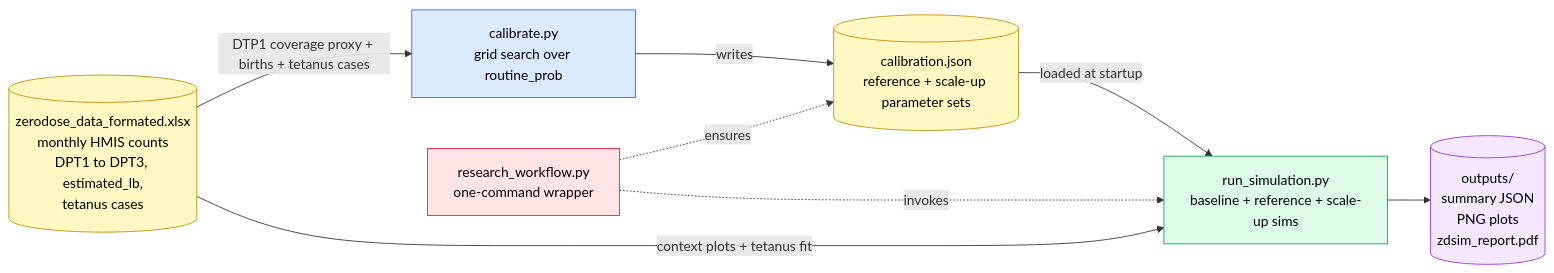
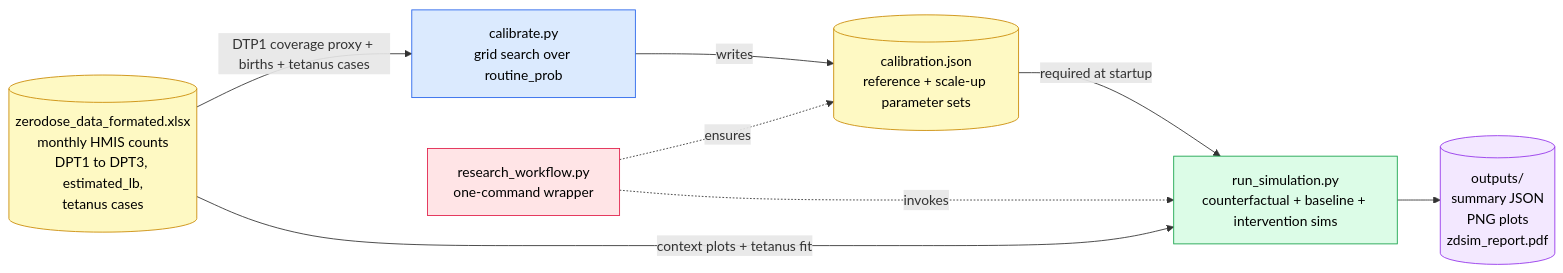
Before and after one commit to starsimhub/zdsim: the first of 12 diagrams in docs/ARCHITECTURE.md, drawn with Mermaid. The commit also changed other lines of this file, not shown here.

Commit message:
updated architecture doc

````diff
--- a/docs/ARCHITECTURE.md
+++ b/docs/ARCHITECTURE.md
@@ -31,25 +31,25 @@
 ```mermaid
 flowchart LR
     XLSX[("zerodose_data_formated.xlsx<br/>monthly HMIS counts<br/>DPT1 to DPT3, estimated_lb,<br/>tetanus cases")]
     CAL["calibrate.py<br/>grid search over routine_prob"]
     JSON[("calibration.json<br/>reference + scale-up parameter sets")]
-    RUN["run_simulation.py<br/>baseline + reference + scale-up sims"]
+    RUN["run_simulation.py<br/>counterfactual + baseline + intervention sims"]
     OUT[("outputs/<br/>summary JSON<br/>PNG plots<br/>zdsim_report.pdf")]
     WORKFLOW["research_workflow.py<br/>one-command wrapper"]
 
     XLSX -->|DTP1 coverage proxy + births + tetanus cases| CAL
     CAL -->|writes| JSON
-    JSON -->|loaded at startup| RUN
+    JSON -->|required at startup| RUN
     XLSX -->|context plots + tetanus fit| RUN
     RUN --> OUT
 
     WORKFLOW -.->|ensures| JSON
     WORKFLOW -.->|invokes| RUN
 
     style XLSX fill:#fef9c3,stroke:#ca8a04,color:#000
     style CAL fill:#dbeafe,stroke:#2563eb,color:#000
     style JSON fill:#fef9c3,stroke:#ca8a04,color:#000
     style RUN fill:#dcfce7,stroke:#16a34a,color:#000
     style OUT fill:#f3e8ff,stroke:#9333ea,color:#000
     style WORKFLOW fill:#ffe4e6,stroke:#e11d48,color:#000
 ```
````
